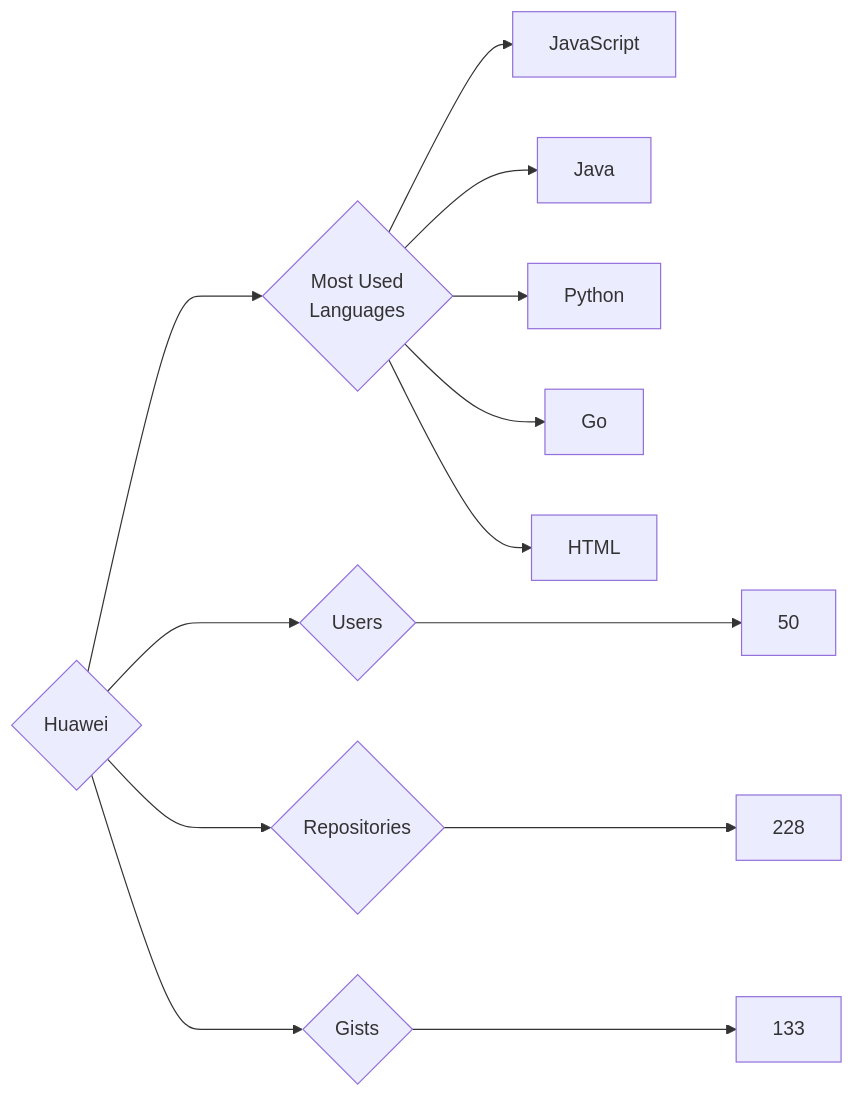
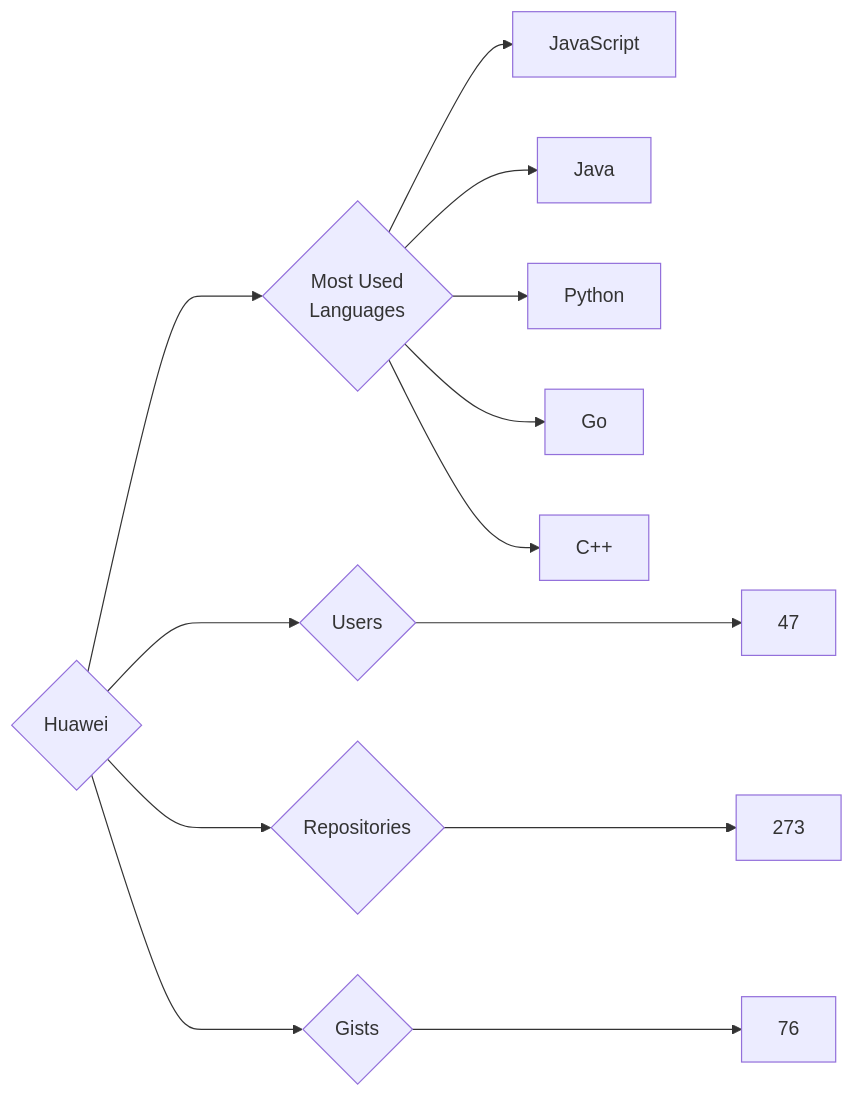
Before and after one commit to trickest/insiders: the diagram in targets/Huawei/README.md, drawn with Mermaid. The commit also changed 965 other files, not shown here.

````diff
--- a/targets/Huawei/README.md
+++ b/targets/Huawei/README.md
@@ -3,13 +3,13 @@
 ```mermaid
 graph LR
 COMPANY_NAME{Huawei}
-COMPANY_NAME ---> U{Users} ---> UN[50]
-COMPANY_NAME ---> R{Repositories} ---> RN[228]
-COMPANY_NAME ---> G{Gists} ---> GN[133]
+COMPANY_NAME ---> U{Users} ---> UN[47]
+COMPANY_NAME ---> R{Repositories} ---> RN[273]
+COMPANY_NAME ---> G{Gists} ---> GN[76]
 COMPANY_NAME ---> ML{Most Used<br>Languages}
 ML --> JavaScript[JavaScript]
 ML --> Java[Java]
 ML --> Python[Python]
 ML --> Go[Go]
-ML --> HTML[HTML]
+ML --> C++[C++]
 ```
````
